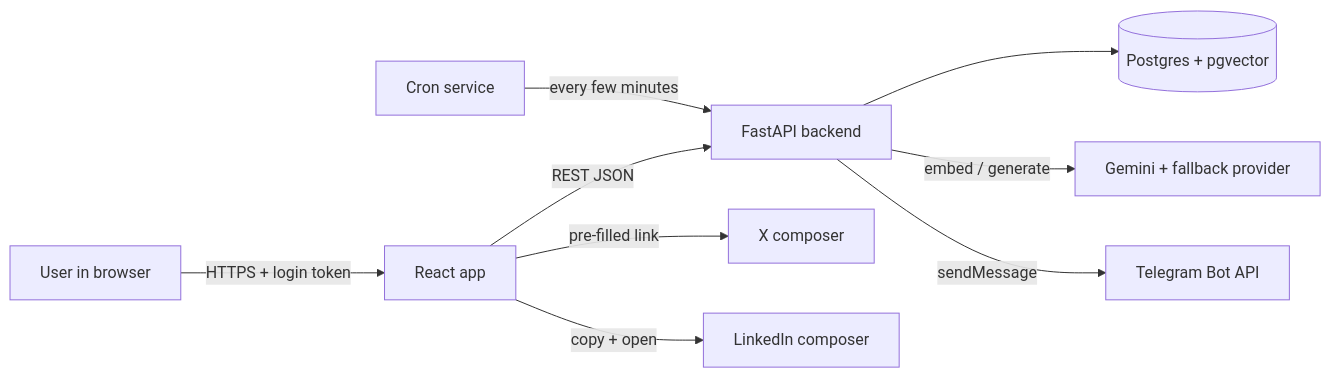
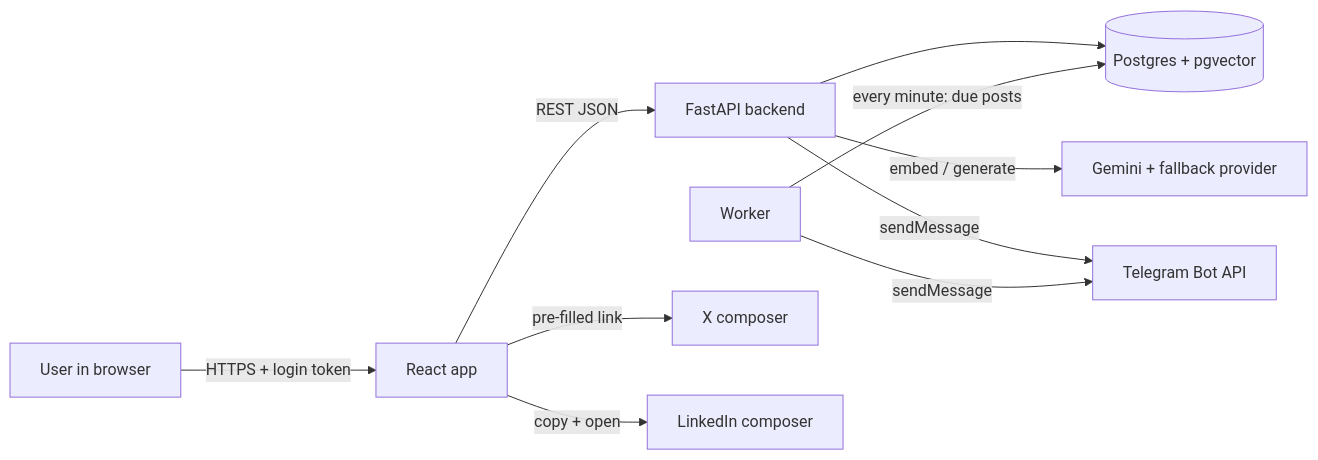
The first of 2 diagrams in docs/SRS.md (fetehadin/post-generator), drawn with Mermaid before and after one commit. The commit also changed other lines of this file and 18 other files, not shown here.

````diff
--- a/docs/SRS.md
+++ b/docs/SRS.md
@@ -76,11 +77,12 @@
 ```mermaid
 flowchart LR
     U[User in browser] -->|HTTPS + login token| FE[React app]
     FE -->|REST JSON| API[FastAPI backend]
     API --> DB[(Postgres + pgvector)]
     API -->|embed / generate| AI[Gemini + fallback provider]
     API -->|sendMessage| TG[Telegram Bot API]
-    CRON[Cron service] -->|every few minutes| API
+    W[Worker] -->|every minute: due posts| DB
+    W -->|sendMessage| TG
     FE -->|pre-filled link| X[X composer]
     FE -->|copy + open| LI[LinkedIn composer]
 ```
````
